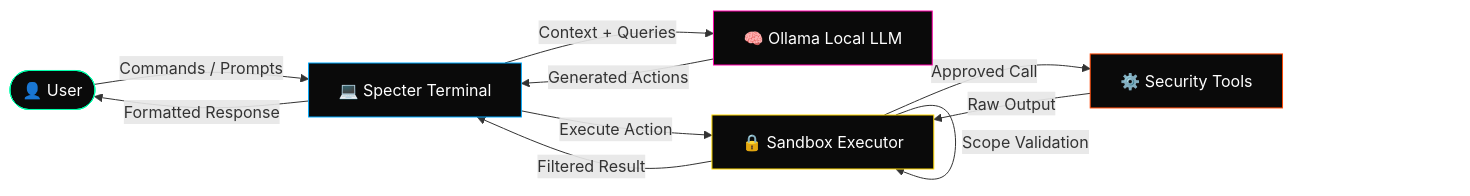
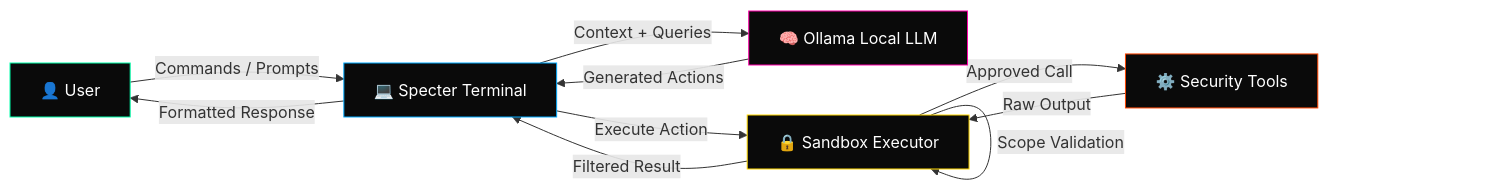
Before and after one commit to Ruby570bocadito/Specter-Terminal: the diagram in README.md, drawn with Mermaid.

Commit message:
fix: repair Mermaid diagram rendering on GitHub
- Replace problematic (["text"]) syntax with standard [text] rectangle nodes
- GitHub's Mermaid renderer does not support the double-paren stadium
  shape with emoji characters, causing 'Cannot read properties of
  undefined (reading render)' error
- All nodes now use consistent [text] syntax

````diff
--- a/README.md
+++ b/README.md
@@ -26,24 +26,24 @@
 ```mermaid
 flowchart LR
-    U(["👤 User"])
-    T["💻 Specter Terminal"]
-    L["🧠 Ollama Local LLM"]
-    S["🔒 Sandbox Executor"]
-    K["⚙️ Security Tools"]
+    U[👤 User]
+    T[💻 Specter Terminal]
+    L[🧠 Ollama Local LLM]
+    S[🔒 Sandbox Executor]
+    K[⚙️ Security Tools]
 
     U -->|"Commands / Prompts"| T
     T -->|"Context + Queries"| L
     L -->|"Generated Actions"| T
     T -->|"Execute Action"| S
     S -->|"Scope Validation"| S
     S -->|"Approved Call"| K
     K -->|"Raw Output"| S
     S -->|"Filtered Result"| T
     T -->|"Formatted Response"| U
 
     style U fill:#0a0a0a,stroke:#00FFAA,color:#fff
     style T fill:#0a0a0a,stroke:#00aaff,color:#fff
     style L fill:#0a0a0a,stroke:#FF00AA,color:#fff
     style S fill:#0a0a0a,stroke:#FFD700,color:#fff
     style K fill:#0a0a0a,stroke:#FF4500,color:#fff
 ```
````
